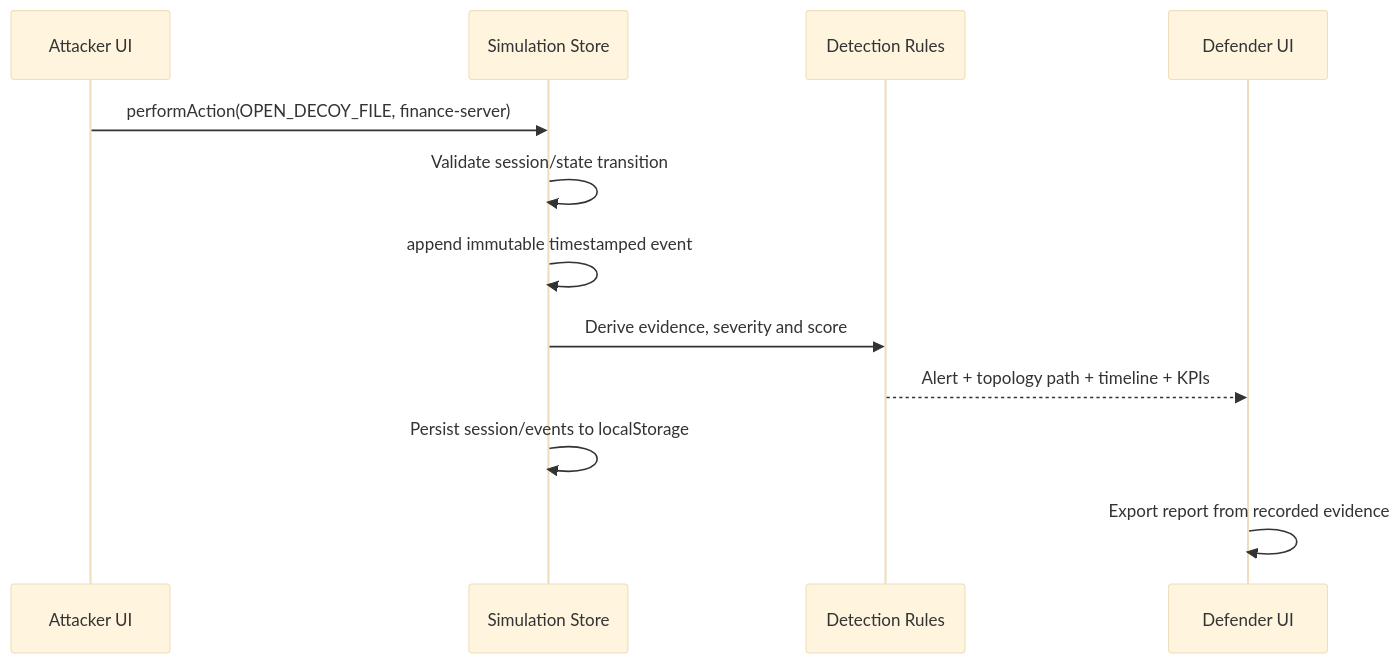
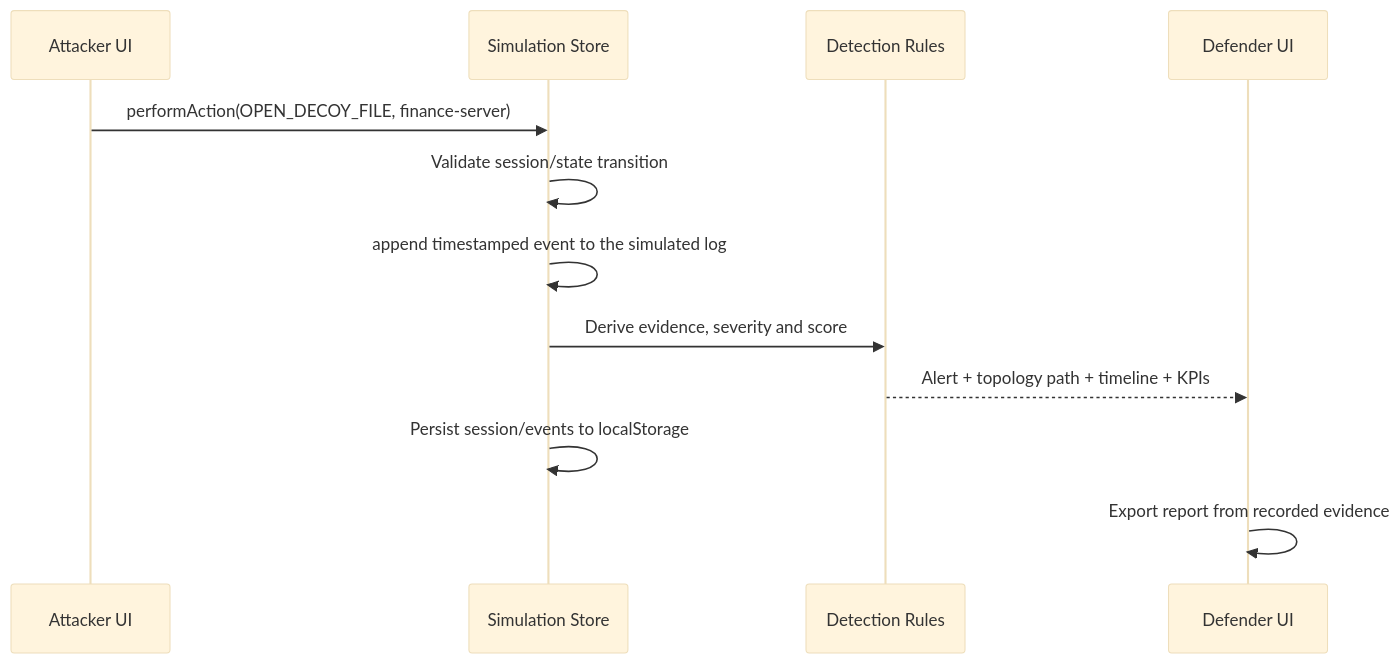
Before and after one commit to reyansh7/PhantomNet: the second of 2 diagrams in docs/ARCHITECTURE.md, drawn with Mermaid (base theme). The commit also changed 20 other files, not shown here.

````diff
--- a/docs/ARCHITECTURE.md
+++ b/docs/ARCHITECTURE.md
@@ -35,14 +35,14 @@
 ```mermaid
 sequenceDiagram
     participant A as Attacker UI
     participant S as Simulation Store
     participant R as Detection Rules
     participant D as Defender UI
     A->>S: performAction(OPEN_DECOY_FILE, finance-server)
     S->>S: Validate session/state transition
-    S->>S: append immutable timestamped event
+    S->>S: append timestamped event to the simulated log
     S->>R: Derive evidence, severity and score
     R-->>D: Alert + topology path + timeline + KPIs
     S->>S: Persist session/events to localStorage
     D->>D: Export report from recorded evidence
 ```
````
